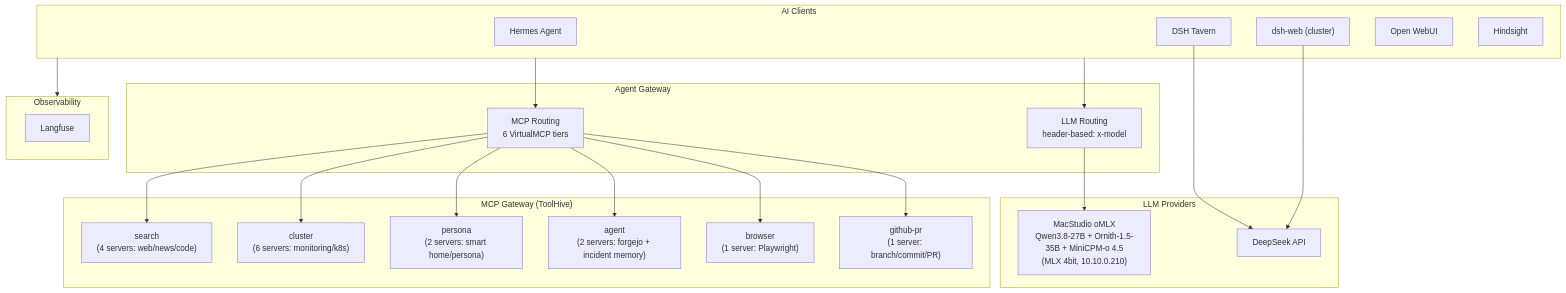
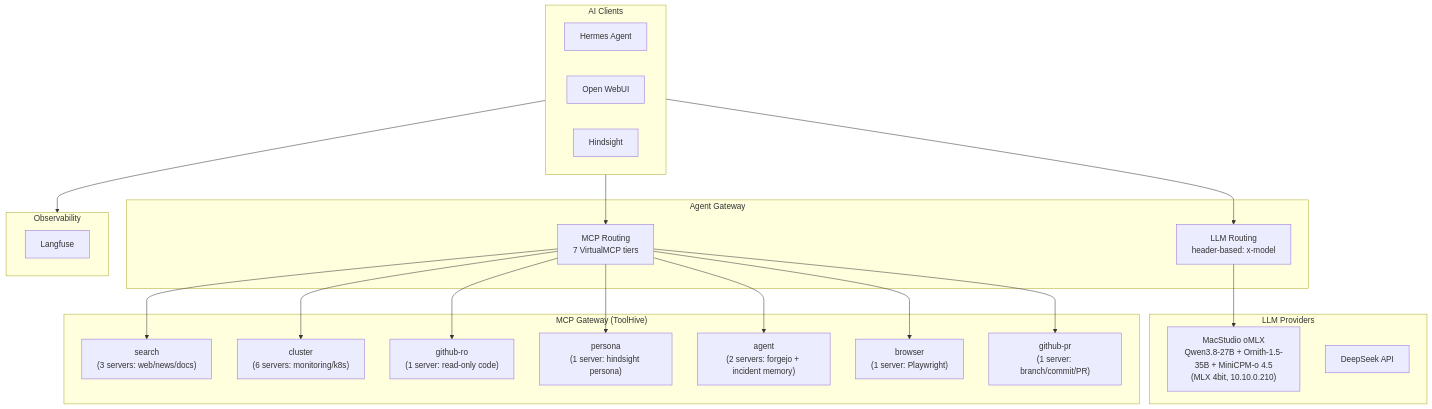
One commit to soulwhisper/home-ops changed the diagram in docs/application/ai.md. Above: the diagram before and after it, drawn with Mermaid. The commit also changed other lines of this file and 183 other files, not shown here.

````diff
--- a/docs/application/ai.md
+++ b/docs/application/ai.md
@@ -8,46 +8,44 @@
 ```mermaid
 flowchart TB
     subgraph Clients["AI Clients"]
         Hermes["Hermes Agent"]
-        Tavern["DSH Tavern"]
-        DSHW["dsh-web (cluster)"]
         OWUI["Open WebUI"]
         HS["Hindsight"]
     end
 
     subgraph Gateway["Agent Gateway"]
         AG-LLM["LLM Routing<br/>header-based: x-model"]
-        AG-MCP["MCP Routing<br/>6 VirtualMCP tiers"]
+        AG-MCP["MCP Routing<br/>7 VirtualMCP tiers"]
     end
 
     subgraph LLM["LLM Providers"]
         Studio["MacStudio oMLX<br/>Qwen3.8-27B + Ornith-1.5-35B + MiniCPM-o 4.5<br/>(MLX 4bit, 10.10.0.210)"]
         External["DeepSeek API"]
     end
 
     subgraph MCP["MCP Gateway (ToolHive)"]
-        VMCP-SEARCH["search<br/>(4 servers: web/news/code)"]
+        VMCP-SEARCH["search<br/>(3 servers: web/news/docs)"]
         VMCP-CLUSTER["cluster<br/>(6 servers: monitoring/k8s)"]
-        VMCP-HOME["persona<br/>(2 servers: smart home/persona)"]
+        VMCP-GITHUBRO["github-ro<br/>(1 server: read-only code)"]
+        VMCP-HOME["persona<br/>(1 server: hindsight persona)"]
         VMCP-AGENT["agent<br/>(2 servers: forgejo + incident memory)"]
         VMCP-BROWSER["browser<br/>(1 server: Playwright)"]
         VMCP-GITHUBPR["github-pr<br/>(1 server: branch/commit/PR)"]
     end
 
     subgraph Obs["Observability"]
         Langfuse["Langfuse"]
     end
 
     Clients --> AG-LLM
     Clients --> AG-MCP
     AG-LLM --> Studio
     AG-MCP --> VMCP-SEARCH
     AG-MCP --> VMCP-CLUSTER
+    AG-MCP --> VMCP-GITHUBRO
     AG-MCP --> VMCP-HOME
     AG-MCP --> VMCP-AGENT
     AG-MCP --> VMCP-BROWSER
     AG-MCP --> VMCP-GITHUBPR
-    Tavern --> External
-    DSHW --> External
     Clients --> Obs
 ```
````
